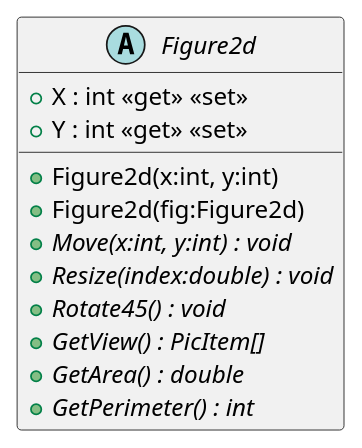
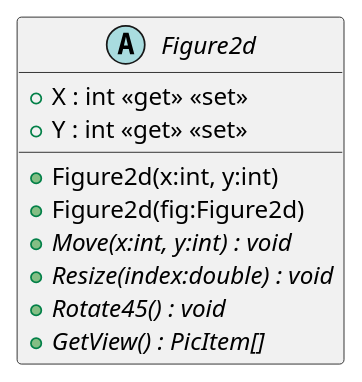
The diagram in plantuml/20240701_HW_Inheritence/Figure2d.puml (19vano97/levelUpOOP), drawn with PlantUML before and after one commit. The commit also changed 40 other files, not shown here.

```diff
--- a/plantuml/20240701_HW_Inheritence/Figure2d.puml
+++ b/plantuml/20240701_HW_Inheritence/Figure2d.puml
@@ -1,14 +1,12 @@
 @startuml
 abstract class Figure2d {
     + Figure2d(x:int, y:int)
     + Figure2d(fig:Figure2d)
     + X : int <<get>> <<set>>
     + Y : int <<get>> <<set>>
     + {abstract} Move(x:int, y:int) : void
     + {abstract} Resize(index:double) : void
     + {abstract} Rotate45() : void
     + {abstract} GetView() : PicItem[]
-    + {abstract} GetArea() : double
-    + {abstract} GetPerimeter() : int
 }
 @enduml
```
